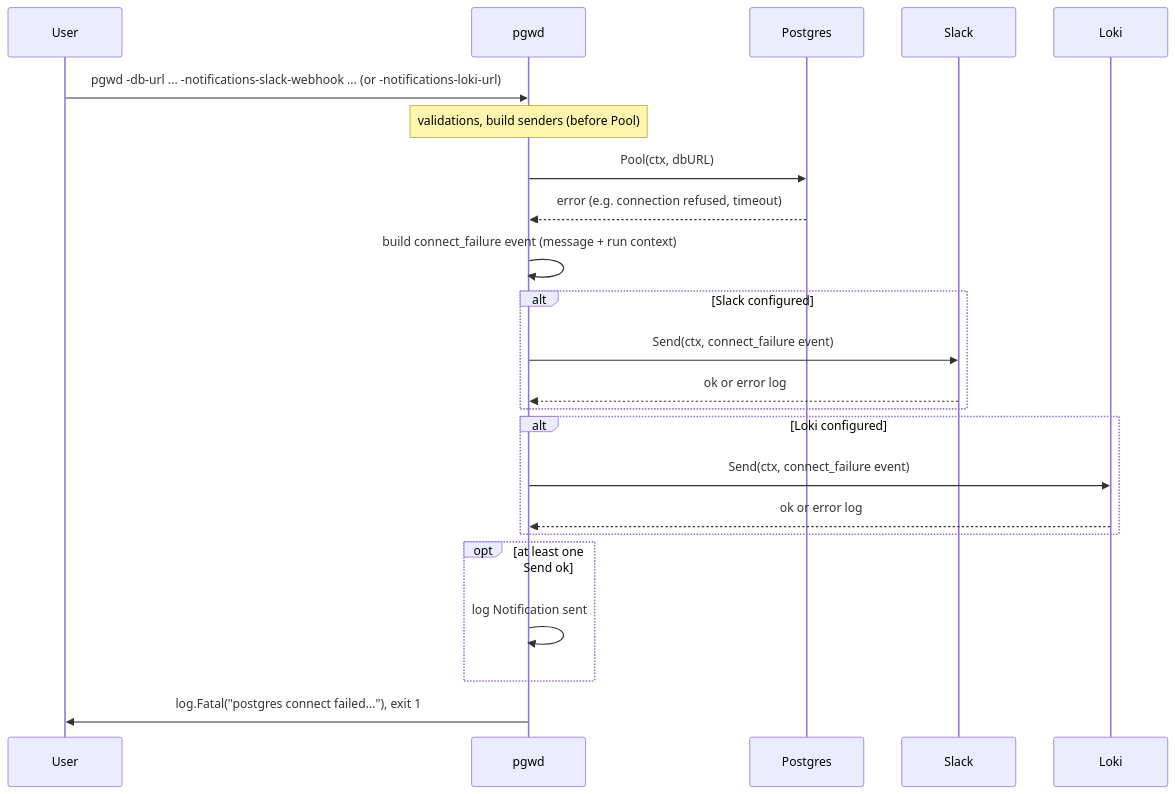
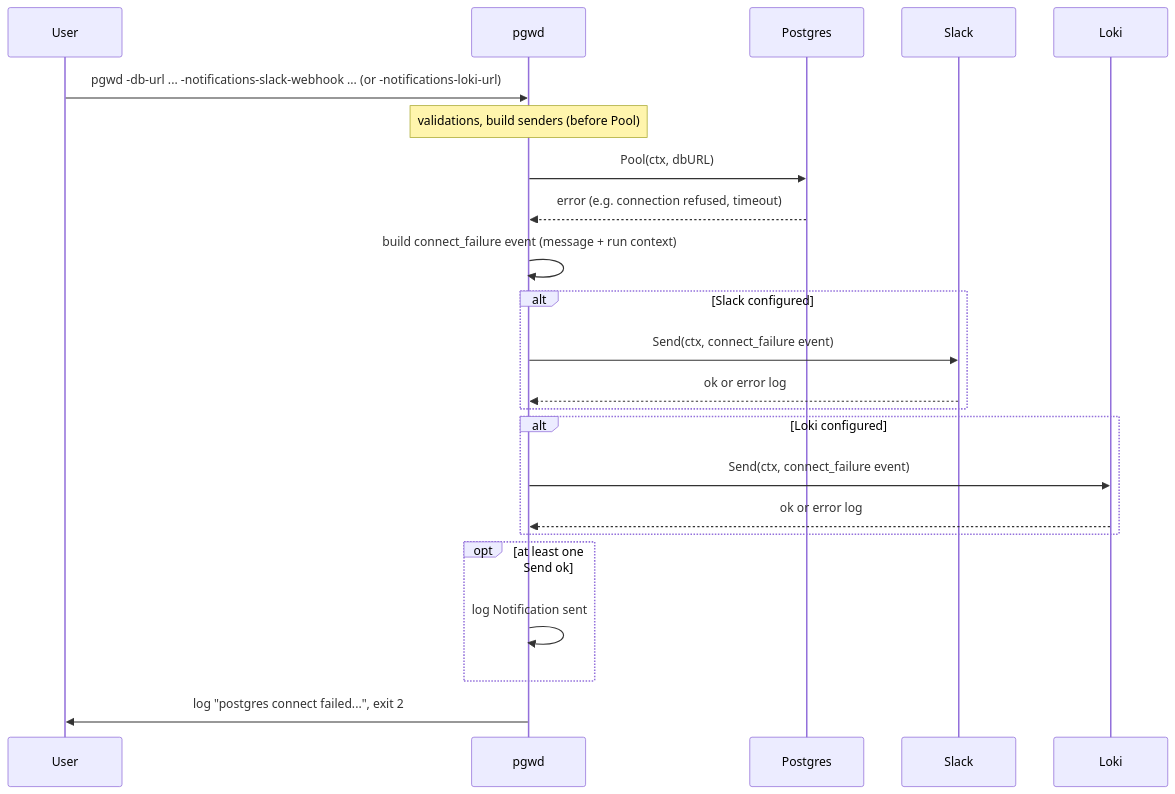
Before and after one commit to hrodrig/pgwd: the diagram in docs/sequence/07-connect-failure-notification.md, drawn with Mermaid. The commit also changed 10 other files, not shown here.

First line of the commit message:
Exit codes 2/3 for connect and query failures

````diff
--- a/docs/sequence/07-connect-failure-notification.md
+++ b/docs/sequence/07-connect-failure-notification.md
@@ -5,26 +5,26 @@
 ```mermaid
 sequenceDiagram
     participant User
     participant pgwd
     participant Postgres
     participant Slack
     participant Loki
 
     User->>pgwd: pgwd -db-url ... -notifications-slack-webhook ... (or -notifications-loki-url)
     Note over pgwd: validations, build senders (before Pool)
     pgwd->>Postgres: Pool(ctx, dbURL)
     Postgres-->>pgwd: error (e.g. connection refused, timeout)
     pgwd->>pgwd: build connect_failure event (message + run context)
     alt Slack configured
         pgwd->>Slack: Send(ctx, connect_failure event)
         Slack-->>pgwd: ok or error log
     end
     alt Loki configured
         pgwd->>Loki: Send(ctx, connect_failure event)
         Loki-->>pgwd: ok or error log
     end
     opt at least one Send ok
         pgwd->>pgwd: log Notification sent
     end
-    pgwd->>User: log.Fatal("postgres connect failed..."), exit 1
+    pgwd->>User: log "postgres connect failed...", exit 2
 ```
````
